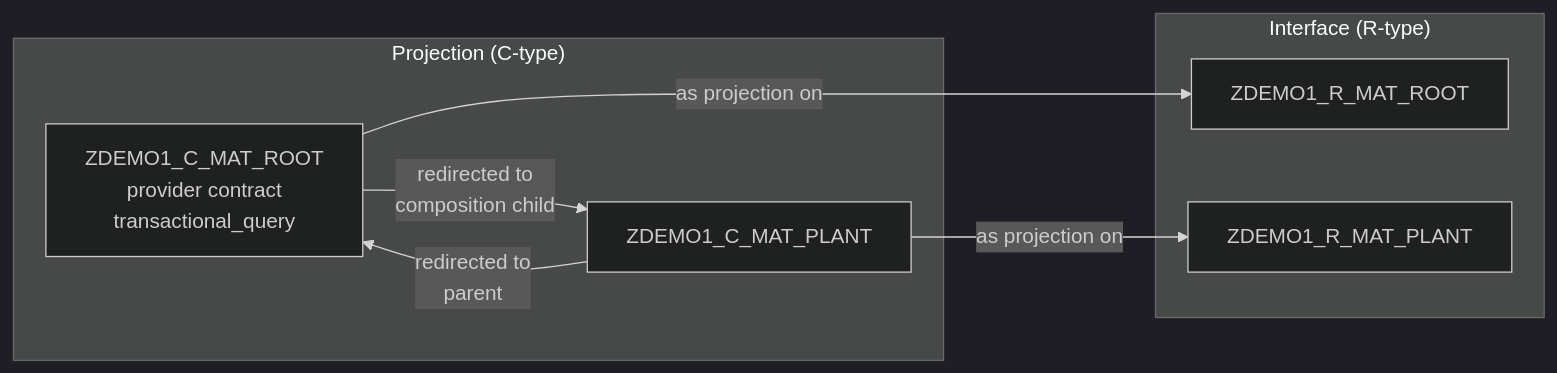
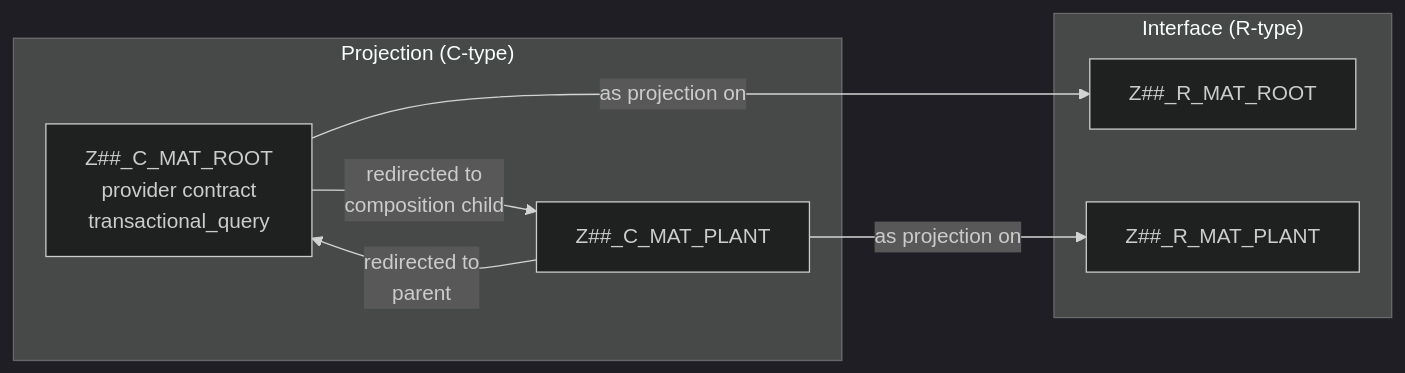
Before and after one commit to fr0ster/cloud-llm-hub: the eighth of 10 diagrams in docs/tutorials/rap-bo-creation.md, drawn with Mermaid (dark theme). The commit also changed other lines of this file, not shown here.

````diff
--- a/docs/tutorials/rap-bo-creation.md
+++ b/docs/tutorials/rap-bo-creation.md
@@ -386,17 +386,17 @@
 ```mermaid
 graph LR
     subgraph "Projection (C-type)"
-        C_ROOT[ZDEMO1_C_MAT_ROOT<br/>provider contract<br/>transactional_query]
-        C_PLANT[ZDEMO1_C_MAT_PLANT]
+        C_ROOT[Z##_C_MAT_ROOT<br/>provider contract<br/>transactional_query]
+        C_PLANT[Z##_C_MAT_PLANT]
     end
 
     subgraph "Interface (R-type)"
-        R_ROOT[ZDEMO1_R_MAT_ROOT]
-        R_PLANT[ZDEMO1_R_MAT_PLANT]
+        R_ROOT[Z##_R_MAT_ROOT]
+        R_PLANT[Z##_R_MAT_PLANT]
     end
 
     C_ROOT -->|"as projection on"| R_ROOT
     C_PLANT -->|"as projection on"| R_PLANT
     C_ROOT -->|"redirected to<br/>composition child"| C_PLANT
     C_PLANT -->|"redirected to<br/>parent"| C_ROOT
 ```
````
